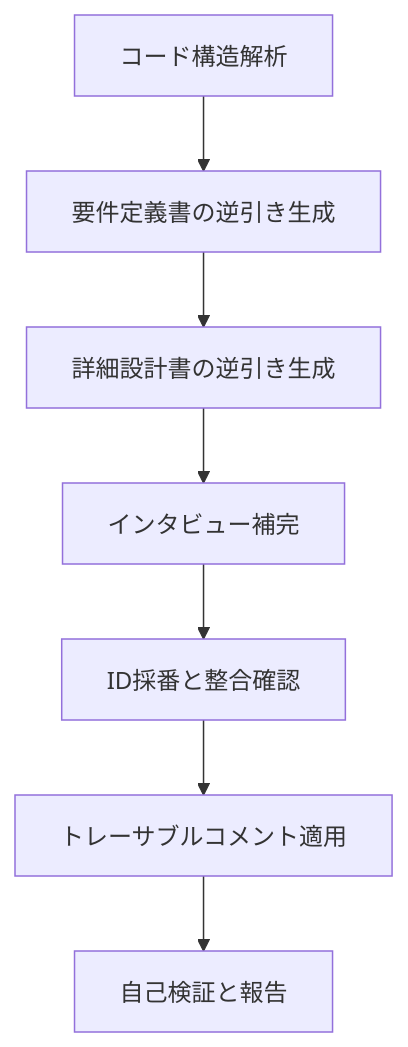
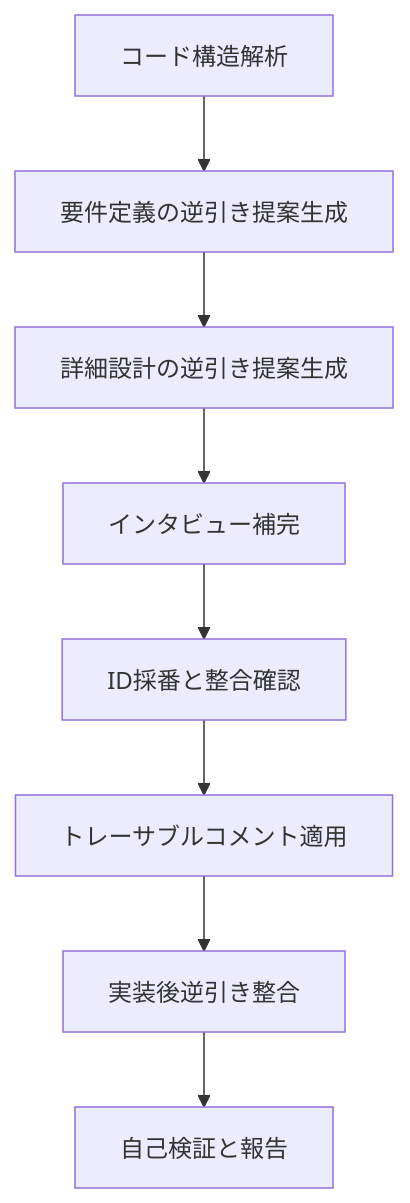
One commit to notfolder/isdd changed the third of 3 diagrams in README.md. Above: the diagram before and after it, drawn with Mermaid. The commit also changed other lines of this file and 20 other files, not shown here.

````diff
--- a/README.md
+++ b/README.md
@@ -86,12 +111,13 @@
 ```mermaid
 graph TD
     A[コード構造解析]
-    B[要件定義書の逆引き生成]
-    C[詳細設計書の逆引き生成]
+    B[要件定義の逆引き提案生成]
+    C[詳細設計の逆引き提案生成]
     D[インタビュー補完]
     E[ID採番と整合確認]
     F[トレーサブルコメント適用]
-    G[自己検証と報告]
+    G[実装後逆引き整合]
+    H[自己検証と報告]
 
-    A --> B --> C --> D --> E --> F --> G
+    A --> B --> C --> D --> E --> F --> G --> H
 ```
````
